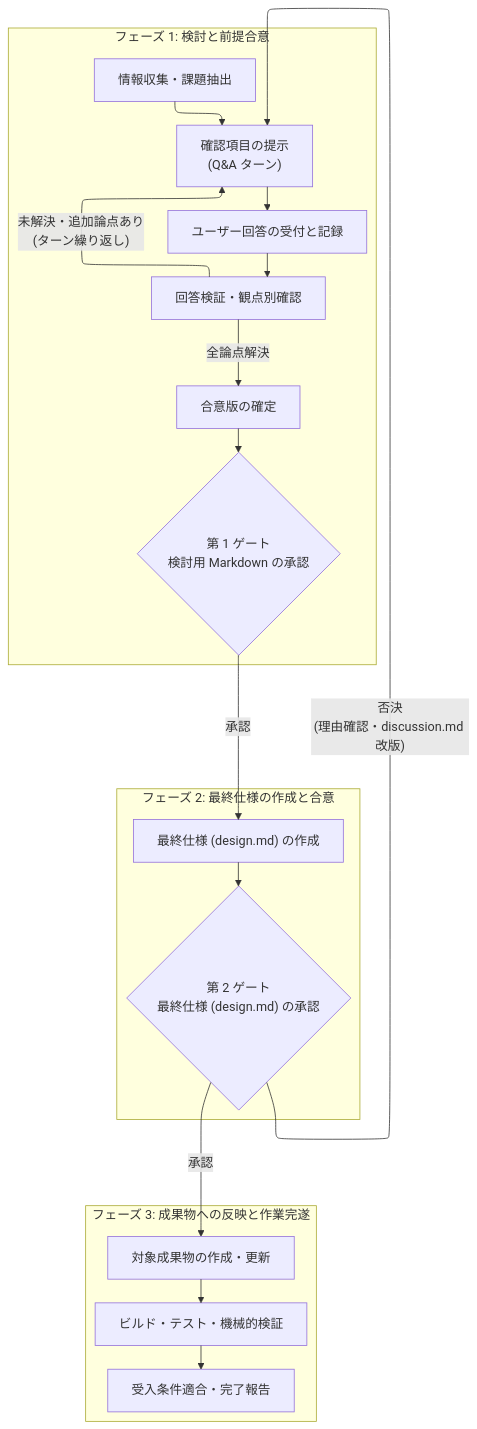
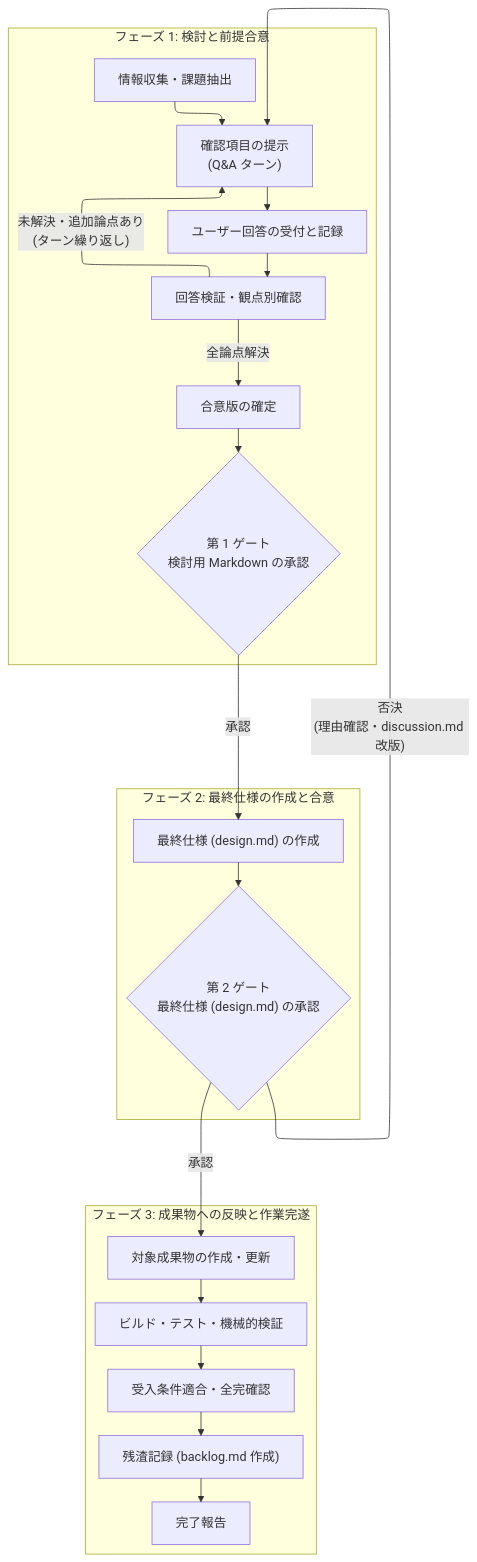
One commit to Hondarer/c-modernization-kit changed the diagram in app/general/.agents/skills/agree-before-generate/SKILL.md. Above: the diagram before and after it, drawn with Mermaid. The commit also changed other lines of this file and 3 other files, not shown here.

````diff
--- a/app/general/.agents/skills/agree-before-generate/SKILL.md
+++ b/app/general/.agents/skills/agree-before-generate/SKILL.md
@@ -107,33 +110,35 @@
 ```mermaid
 ---
 config:
   layout: elk
   flowchart:
     wrappingWidth: 420
 ---
 flowchart TD
     subgraph Phase1["フェーズ 1: 検討と前提合意"]
         direction TB
         A["情報収集・課題抽出"] --> B["確認項目の提示<br/>(Q&A ターン)"]
         B --> C["ユーザー回答の受付と記録"]
         C --> D["回答検証・観点別確認"]
         D -- "未解決・追加論点あり<br/>(ターン繰り返し)" --> B
         D -- "全論点解決" --> E["合意版の確定"]
         E --> F{"第 1 ゲート<br/>検討用 Markdown の承認"}
     end
 
     subgraph Phase2["フェーズ 2: 最終仕様の作成と合意"]
         direction TB
         G["最終仕様 (design.md) の作成"] --> H{"第 2 ゲート<br/>最終仕様 (design.md) の承認"}
     end
 
     subgraph Phase3["フェーズ 3: 成果物への反映と作業完遂"]
         direction TB
         I["対象成果物の作成・更新"] --> J["ビルド・テスト・機械的検証"]
-        J --> K["受入条件適合・完了報告"]
+        J --> K["受入条件適合・全完確認"]
+        K --> L["残渣記録 (backlog.md 作成)"]
+        L --> M["完了報告"]
     end
 
     F -- "承認" --> G
     H -- "承認" --> I
     H -- "否決<br/>(理由確認・discussion.md 改版)" --> B
 ```
````
